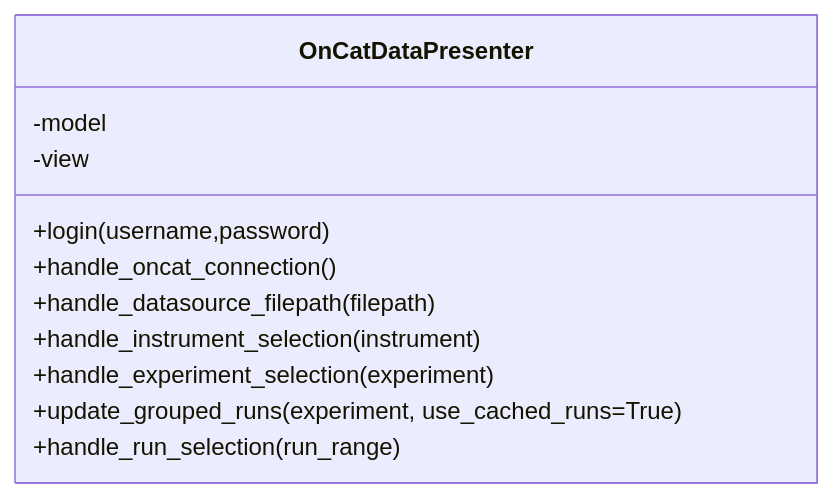
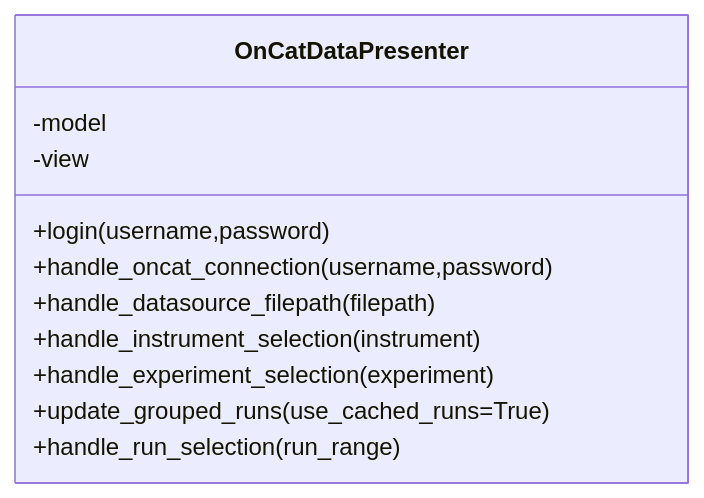
One commit to neutrons/garnet changed the second of 9 diagrams in docs/source/design/oncat_mvp.rst. Above: the diagram before and after it, drawn with Mermaid. The commit also changed other lines of this file and 4 other files, not shown here.

```diff
--- a/docs/source/design/oncat_mvp.rst
+++ b/docs/source/design/oncat_mvp.rst
@@ -66,14 +66,14 @@
 .. mermaid::
 
  classDiagram
     class OnCatDataPresenter{
        -model
        -view
         +login(username,password)
-        +handle_oncat_connection()
+        +handle_oncat_connection(username,password)
         +handle_datasource_filepath(filepath)
         +handle_instrument_selection(instrument)
         +handle_experiment_selection(experiment)
-        +update_grouped_runs(experiment, use_cached_runs=True)
+        +update_grouped_runs(use_cached_runs=True)
         +handle_run_selection(run_range)
     }
```
